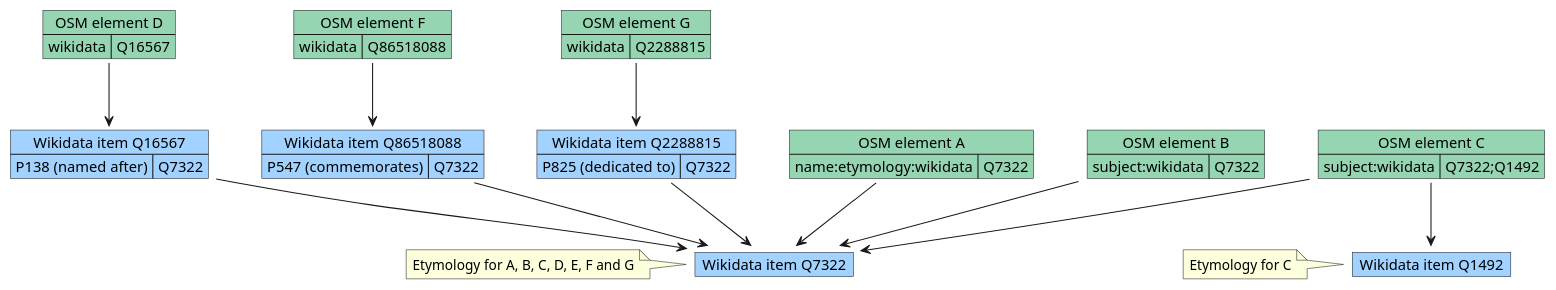
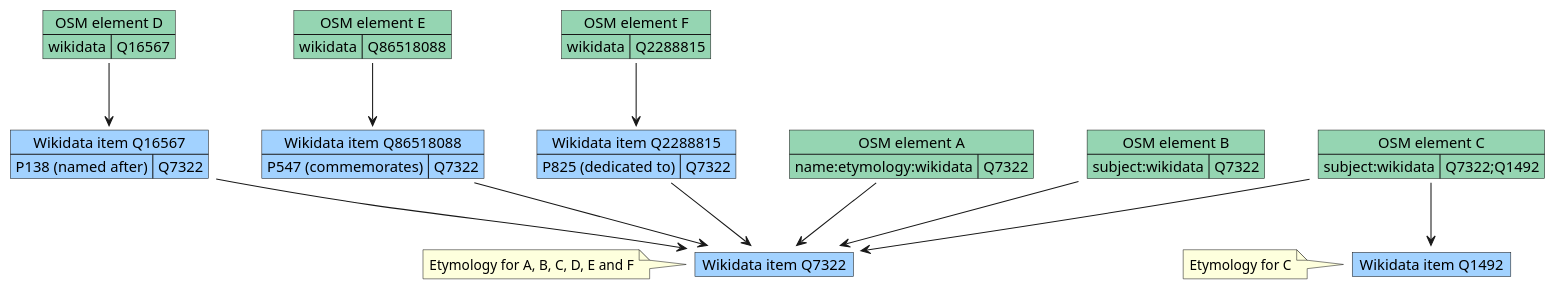
Before and after one commit to Danysan1/osm-wikidata-map-framework: the first of 3 diagrams in CONTRIBUTING.md, drawn with PlantUML.

Commit message:
Improve graph

````diff
--- a/CONTRIBUTING.md
+++ b/CONTRIBUTING.md
@@ -42,55 +42,55 @@
 ```plantuml
 @startuml
 map "Wikidata item Q7322" as wikia #a2d2ff {
 
 }
 map "Wikidata item Q1492" as wikib #a2d2ff {
 
 }
 
 map "Wikidata item Q16567" as wikic #a2d2ff {
   P138 (named after) => Q7322
 }
 map "Wikidata item Q86518088" as wikie #a2d2ff {
   P547 (commemorates) => Q7322
 }
 map "Wikidata item Q2288815" as wikif #a2d2ff {
   P825 (dedicated to) => Q7322
 }
 
 map "OSM element A" as osma #95d5b2 {
   name:etymology:wikidata => Q7322
 }
 map "OSM element B" as osmb #95d5b2 {
   subject:wikidata => Q7322
 }
 map "OSM element C" as osmc #95d5b2 {
   subject:wikidata => Q7322;Q1492
 }
 map "OSM element D" as osmd #95d5b2 {
   wikidata => Q16567
 }
-map "OSM element F" as osmf #95d5b2 {
+map "OSM element E" as osme #95d5b2 {
   wikidata => Q86518088
 }
-map "OSM element G" as osmg #95d5b2 {
+map "OSM element F" as osmf #95d5b2 {
   wikidata => Q2288815
 }
 
 osma --> wikia
 osmb --> wikia
 osmc --> wikia
 osmc --> wikib
 
 osmd --> wikic
-osmf --> wikie
-osmg --> wikif
+osme --> wikie
+osmf --> wikif
 
 wikic --> wikia
 wikie --> wikia
 wikif --> wikia
 
-note left of wikia: Etymology for A, B, C, D, E, F and G
+note left of wikia: Etymology for A, B, C, D, E and F
 note left of wikib: Etymology for C
 @enduml
 ```
````
